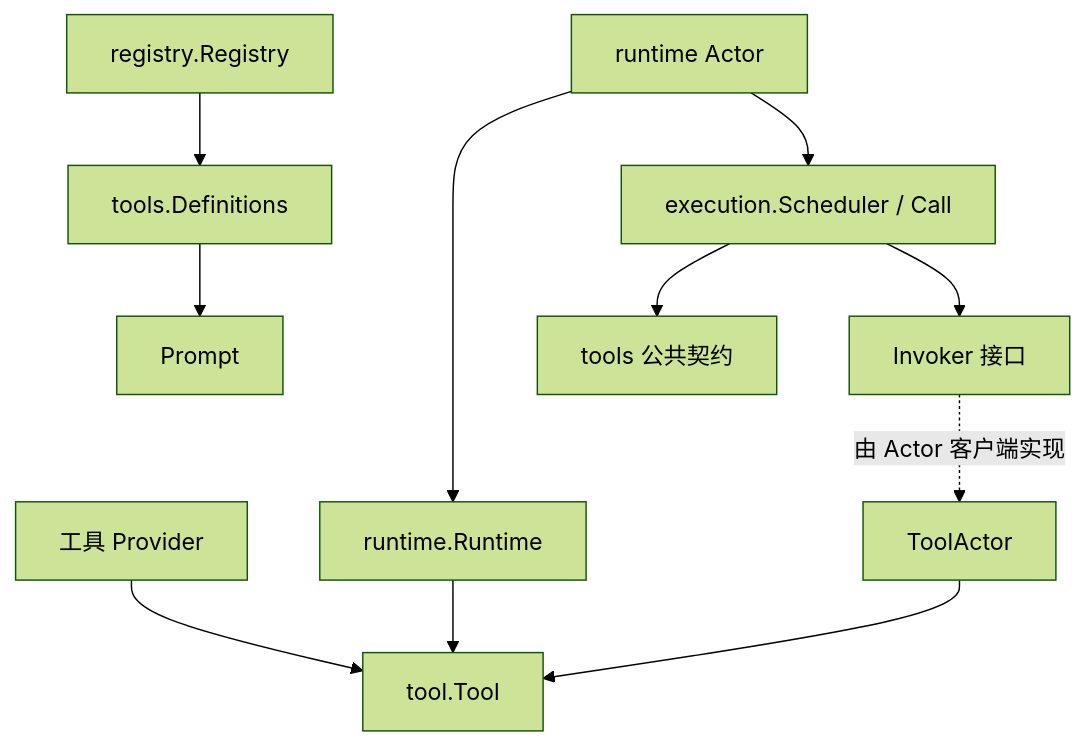
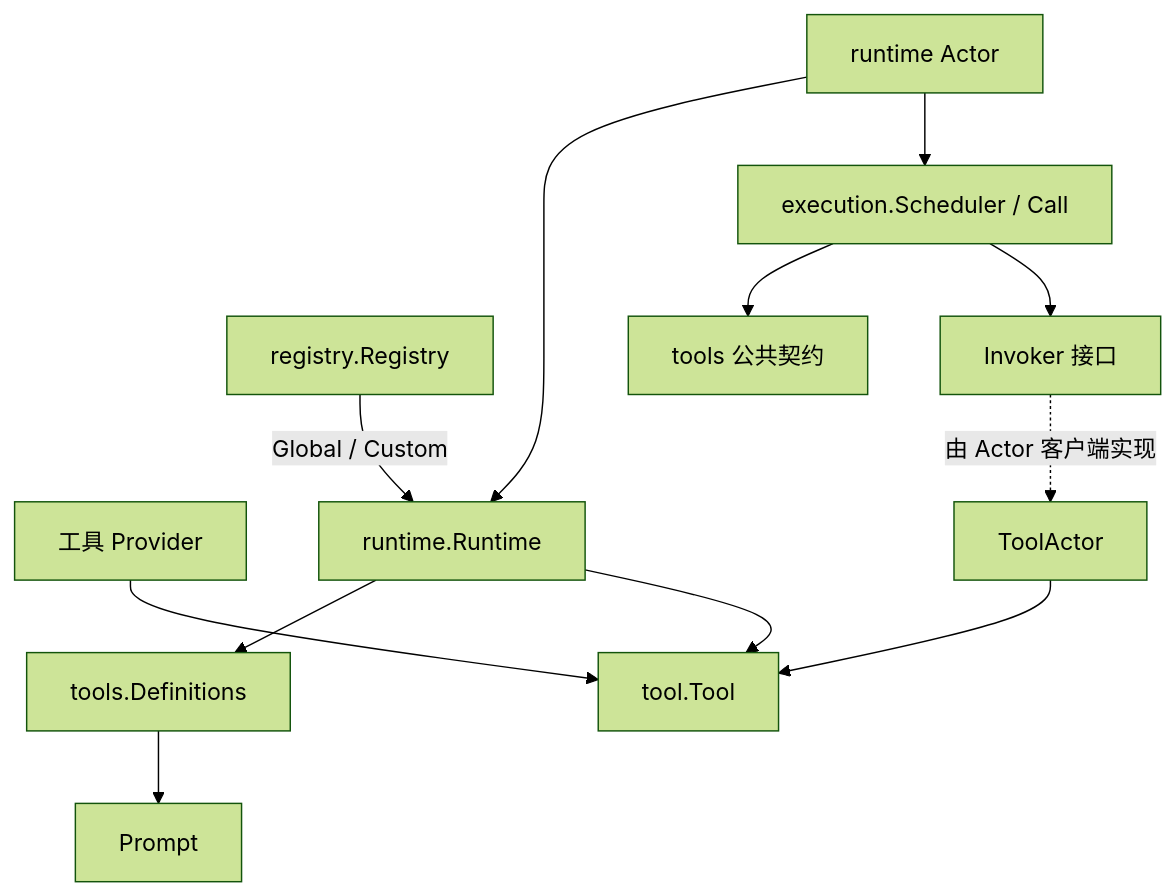
The diagram in tools/README.zh-CN.md (gorenx/goren), drawn with Mermaid (forest theme) before and after one commit. The commit also changed other lines of this file and 13 other files, not shown here.

````diff
--- a/tools/README.zh-CN.md
+++ b/tools/README.zh-CN.md
@@ -19,13 +19,14 @@
 ```mermaid
 flowchart TD
     Provider[工具 Provider] --> Tool[tool.Tool]
-    Registry[registry.Registry] --> Definitions[tools.Definitions]
+    Registry[registry.Registry] -->|Global / Custom| Runtime[runtime.Runtime]
+    Runtime --> Definitions[tools.Definitions]
     Definitions --> Prompt[Prompt]
     Runtime[runtime.Runtime] --> Tool
     Adapter[runtime Actor] --> Runtime
     Adapter --> Execution[execution.Scheduler / Call]
     Execution --> Contracts[tools 公共契约]
     Execution --> Port[Invoker 接口]
     Port -.由 Actor 客户端实现.-> ToolActor[ToolActor]
     ToolActor --> Tool
 ```
````
